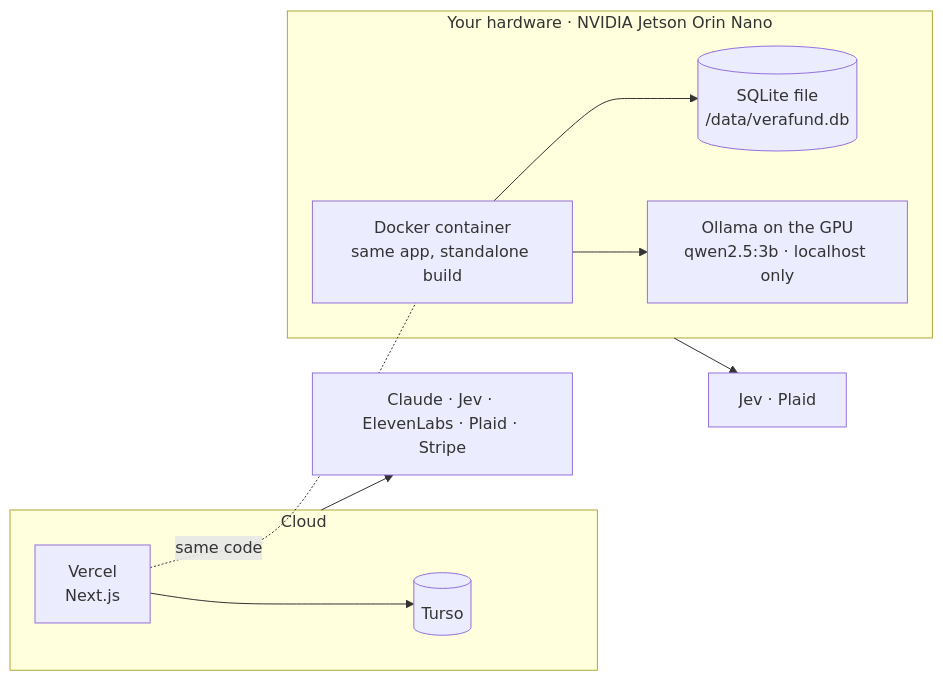
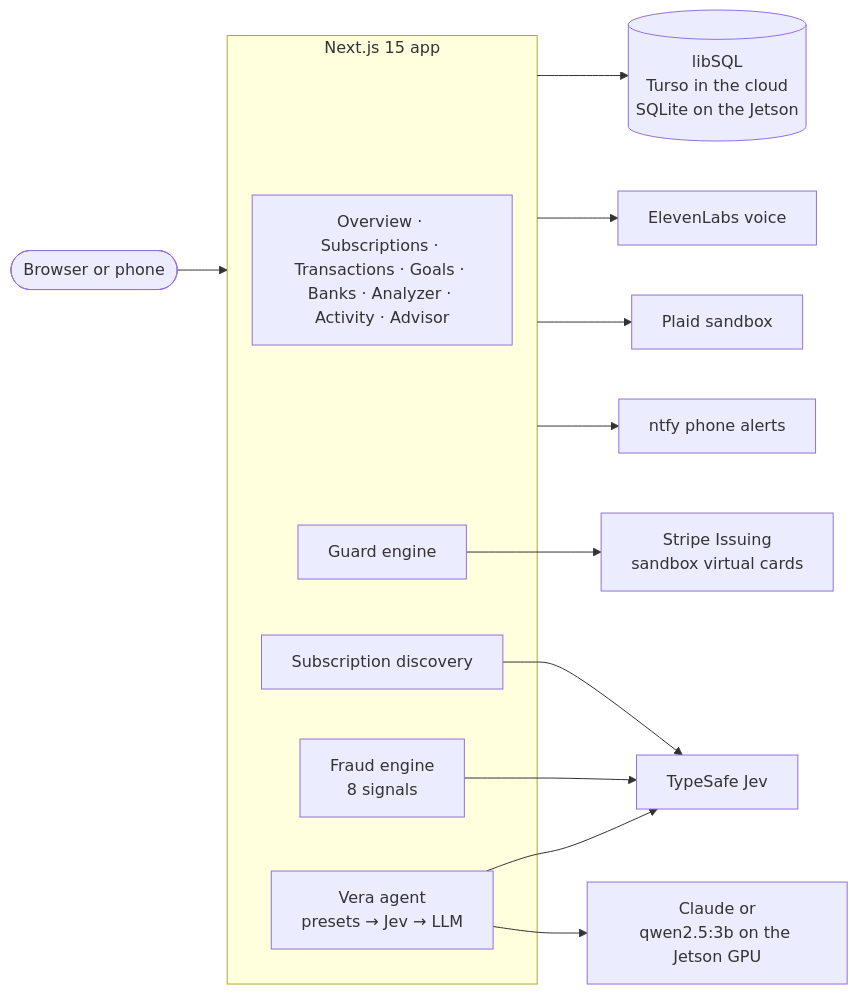
The fourth of 6 diagrams in README.md (mian-abd/verafund), drawn with Mermaid before and after one commit. The commit also changed other lines of this file, not shown here.

Commit message:
README: diagrams first (how it works, Vera's confirm flow, phone calls, architecture, Jetson), current features

````diff
--- a/README.md
+++ b/README.md
@@ -119,13 +74,22 @@
 ```mermaid
 flowchart LR
-  subgraph cloud[Cloud]
-    vercel[Vercel<br/>Next.js] --> turso[(Turso)]
+  user([Browser or phone]) --> app
+
+  subgraph app[Next.js 15 app]
+    pages[Overview · Subscriptions · Transactions · Goals · Banks · Analyzer · Activity · Advisor]
+    engine[Guard engine]
+    fraud[Fraud engine<br/>8 signals]
+    agent[Vera agent<br/>presets → Jev → LLM]
+    disc[Subscription discovery]
   end
-  subgraph edge[Your hardware · NVIDIA Jetson Orin Nano]
-    docker[Docker container<br/>same app, standalone build] --> sqlite[(SQLite file<br/>/data/verafund.db)]
-    docker --> ollama[Ollama on the GPU<br/>qwen2.5:3b · localhost only]
-  end
-  vercel -. same code .- docker
-  cloud --> apis[Claude · Jev · ElevenLabs · Plaid · Stripe]
-  edge --> apis2[Jev · Plaid]
+
+  app --> db[(libSQL<br/>Turso in the cloud<br/>SQLite on the Jetson)]
+  engine --> stripe[Stripe Issuing<br/>sandbox virtual cards]
+  agent --> jev[TypeSafe Jev]
+  agent --> llm[Claude or<br/>qwen2.5:3b on the Jetson GPU]
+  fraud --> jev
+  disc --> jev
+  app --> eleven[ElevenLabs voice]
+  app --> plaid[Plaid sandbox]
+  app --> ntfy[ntfy phone alerts]
 ```
````
